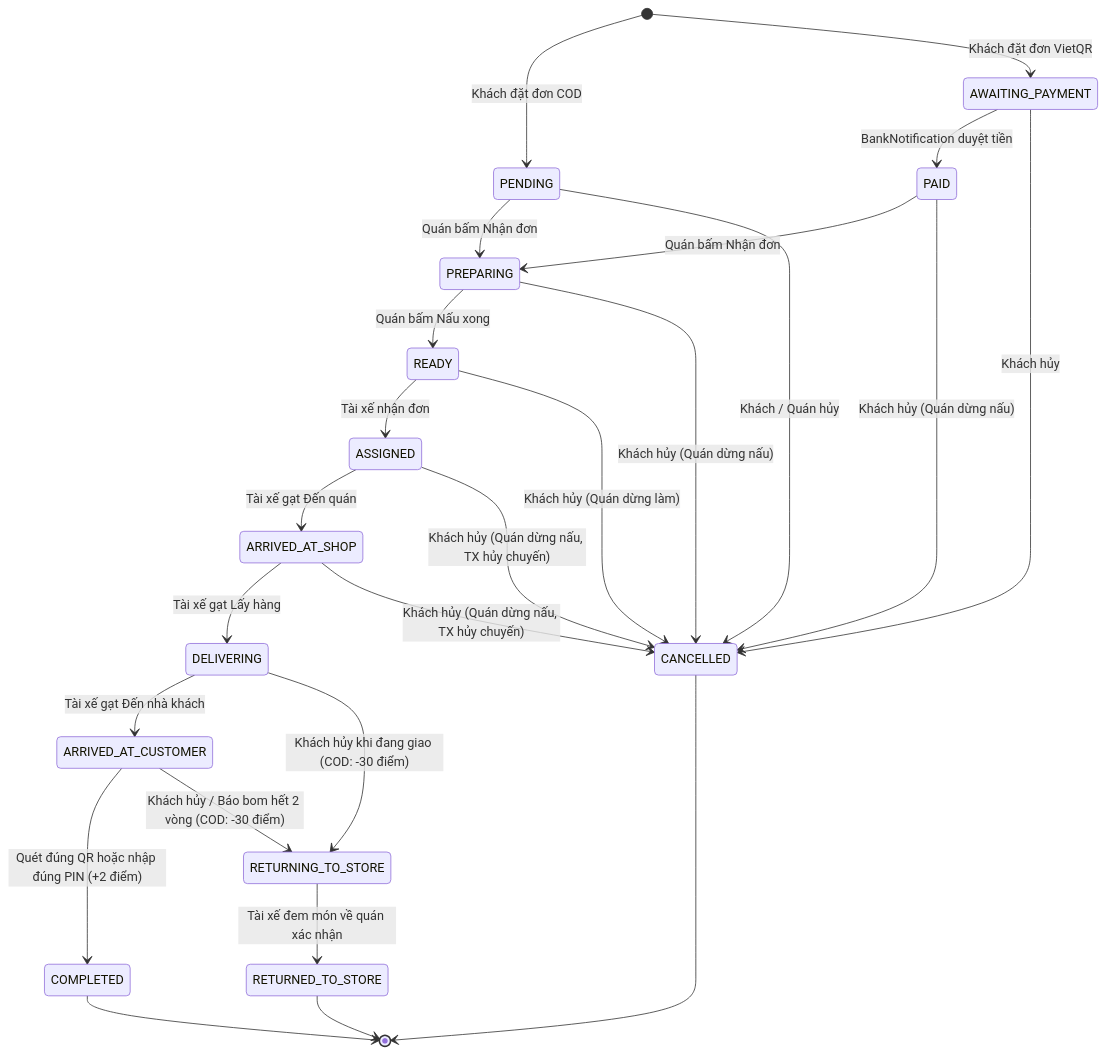
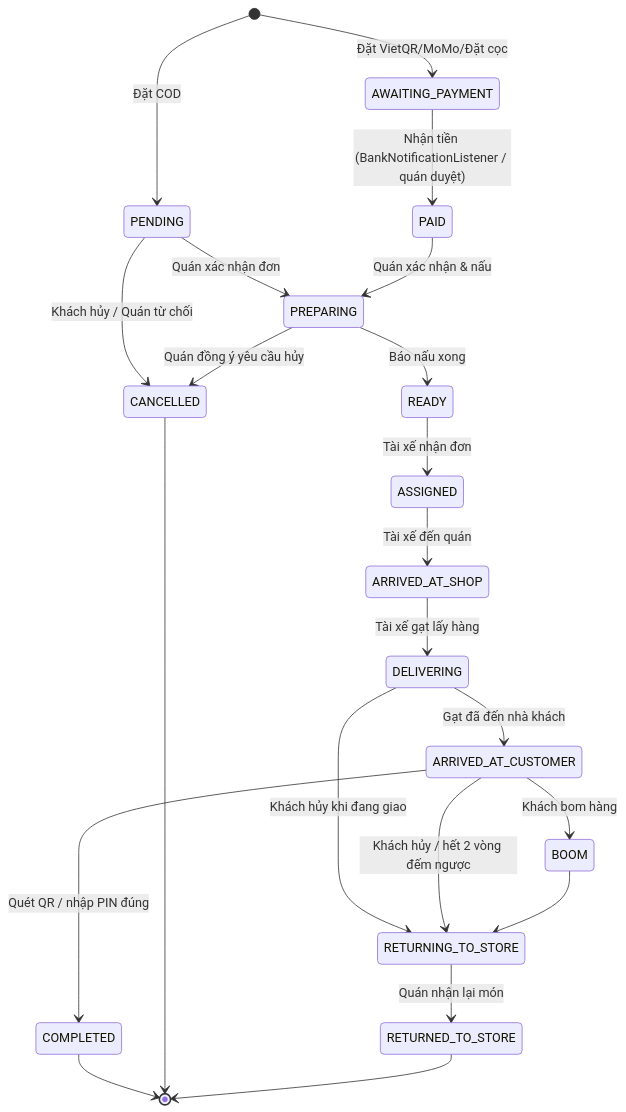
Before and after one commit to tranvu2006-ui/chuyen-de-2-android: the sixth of 6 diagrams in BAO_CAO_CHUYEN_DE_2_OISHI_FOOD.md, drawn with Mermaid. The commit also changed other lines of this file and 1 other file, not shown here.

````diff
--- a/BAO_CAO_CHUYEN_DE_2_OISHI_FOOD.md
+++ b/BAO_CAO_CHUYEN_DE_2_OISHI_FOOD.md
@@ -500,32 +895,24 @@
 ```mermaid
 stateDiagram-v2
-    [*] --> PENDING: Khách đặt đơn COD
-    [*] --> AWAITING_PAYMENT: Khách đặt đơn VietQR
-    AWAITING_PAYMENT --> PAID: BankNotification duyệt tiền
-    PENDING --> PREPARING: Quán bấm Nhận đơn
-    PAID --> PREPARING: Quán bấm Nhận đơn
-    PREPARING --> READY: Quán bấm Nấu xong
-    READY --> ASSIGNED: Tài xế nhận đơn
-    ASSIGNED --> ARRIVED_AT_SHOP: Tài xế gạt Đến quán
-    ARRIVED_AT_SHOP --> DELIVERING: Tài xế gạt Lấy hàng
-    DELIVERING --> ARRIVED_AT_CUSTOMER: Tài xế gạt Đến nhà khách
-    ARRIVED_AT_CUSTOMER --> COMPLETED: Quét đúng QR hoặc nhập đúng PIN (+2 điểm)
-
-    %% Các luồng Hủy đơn
-    PENDING --> CANCELLED: Khách / Quán hủy
-    AWAITING_PAYMENT --> CANCELLED: Khách hủy
-    PAID --> CANCELLED: Khách hủy (Quán dừng nấu)
-    PREPARING --> CANCELLED: Khách hủy (Quán dừng nấu)
-    READY --> CANCELLED: Khách hủy (Quán dừng làm)
-    ASSIGNED --> CANCELLED: Khách hủy (Quán dừng nấu, TX hủy chuyến)
-    ARRIVED_AT_SHOP --> CANCELLED: Khách hủy (Quán dừng nấu, TX hủy chuyến)
-
-    %% Luồng Hoàn trả món
-    DELIVERING --> RETURNING_TO_STORE: Khách hủy khi đang giao (COD: -30 điểm)
-    ARRIVED_AT_CUSTOMER --> RETURNING_TO_STORE: Khách hủy / Báo bom hết 2 vòng (COD: -30 điểm)
-    RETURNING_TO_STORE --> RETURNED_TO_STORE: Tài xế đem món về quán xác nhận
-
+    [*] --> PENDING : Đặt COD
+    [*] --> AWAITING_PAYMENT : Đặt VietQR/MoMo/Đặt cọc
+    AWAITING_PAYMENT --> PAID : Nhận tiền (BankNotificationListener / quán duyệt)
+    PENDING --> PREPARING : Quán xác nhận đơn
+    PAID --> PREPARING : Quán xác nhận & nấu
+    PENDING --> CANCELLED : Khách hủy / Quán từ chối
+    PREPARING --> CANCELLED : Quán đồng ý yêu cầu hủy
+    PREPARING --> READY : Báo nấu xong
+    READY --> ASSIGNED : Tài xế nhận đơn
+    ASSIGNED --> ARRIVED_AT_SHOP : Tài xế đến quán
+    ARRIVED_AT_SHOP --> DELIVERING : Tài xế gạt lấy hàng
+    DELIVERING --> ARRIVED_AT_CUSTOMER : Gạt đã đến nhà khách
+    ARRIVED_AT_CUSTOMER --> COMPLETED : Quét QR / nhập PIN đúng
+    DELIVERING --> RETURNING_TO_STORE : Khách hủy khi đang giao
+    ARRIVED_AT_CUSTOMER --> RETURNING_TO_STORE : Khách hủy / hết 2 vòng đếm ngược
+    ARRIVED_AT_CUSTOMER --> BOOM : Khách bom hàng
+    BOOM --> RETURNING_TO_STORE
+    RETURNING_TO_STORE --> RETURNED_TO_STORE : Quán nhận lại món
     COMPLETED --> [*]
     CANCELLED --> [*]
     RETURNED_TO_STORE --> [*]
 ```
````
